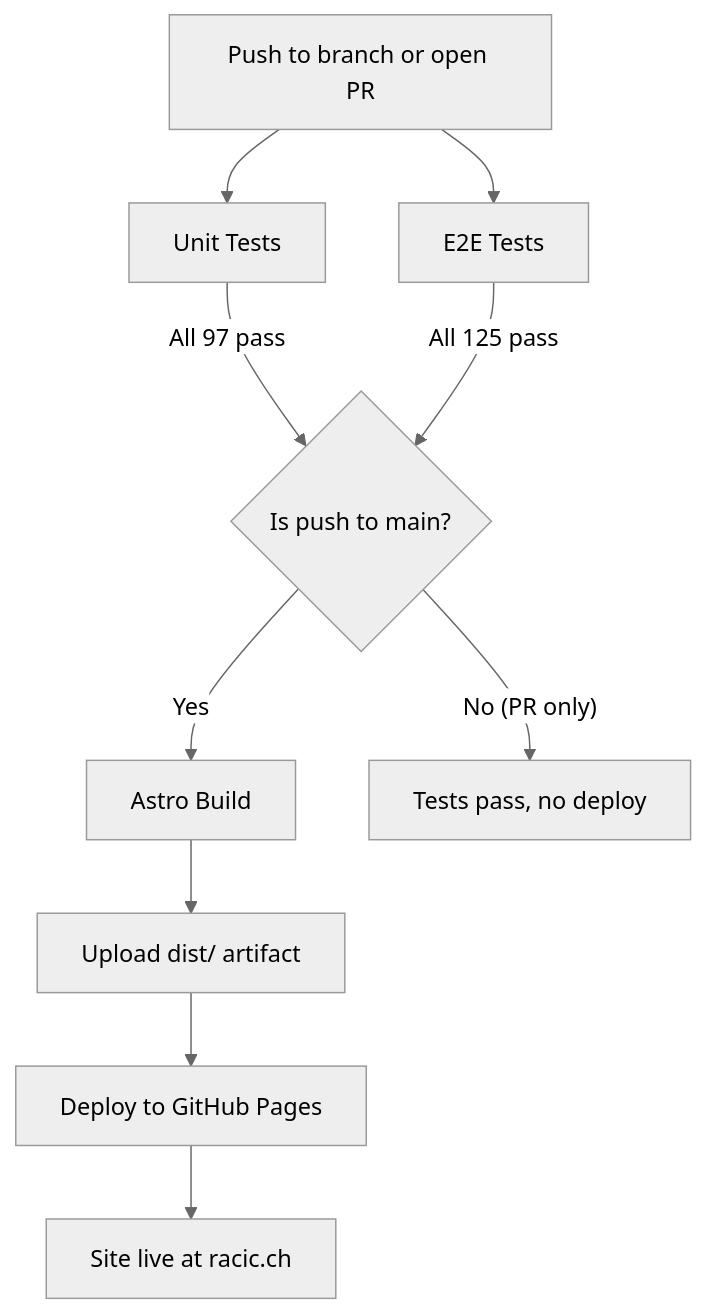
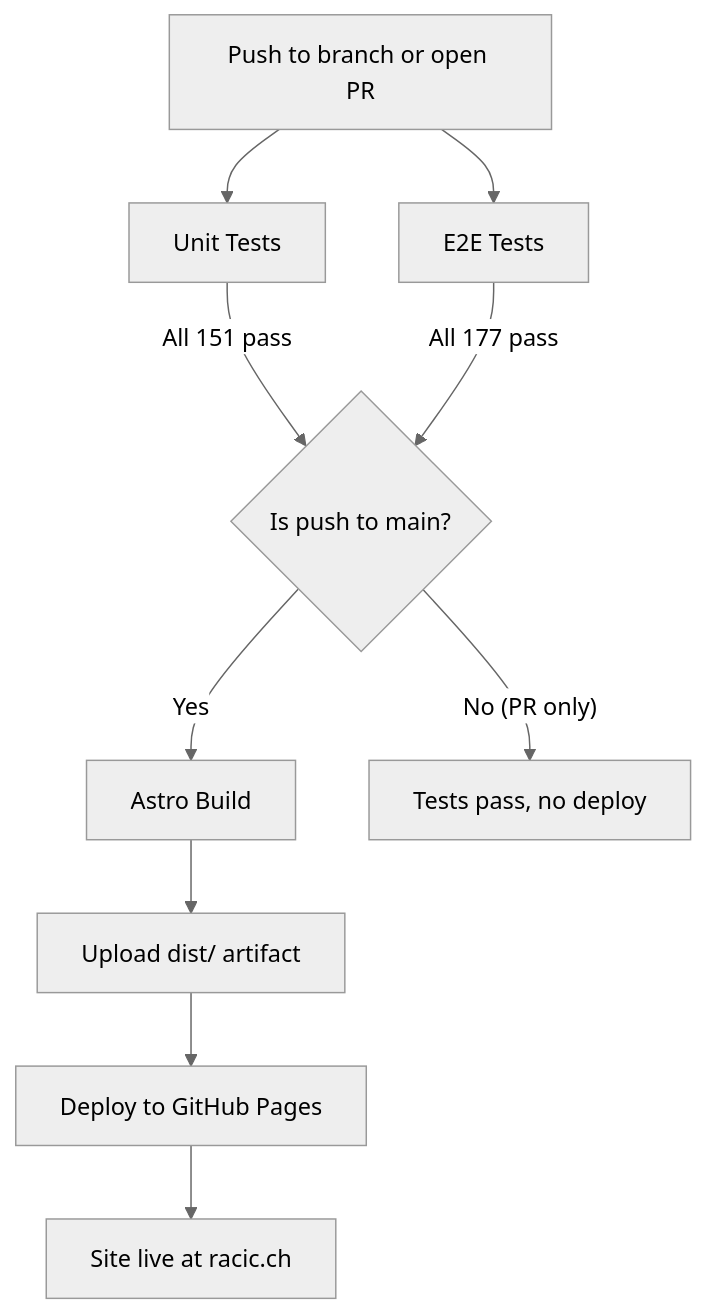
One commit to rac2030/racic.ch changed the fourth of 4 diagrams in src/content/blog/building-this-site-with-ai.md. Above: the diagram before and after it, drawn with Mermaid (neutral theme). The commit also changed other lines of this file and 4 other files, not shown here.

```diff
--- a/src/content/blog/building-this-site-with-ai.md
+++ b/src/content/blog/building-this-site-with-ai.md
@@ -451,12 +451,12 @@
 <div class="mermaid">
 flowchart TD
 P["Push to branch or open PR"] --> T1["Unit Tests"]
 P --> T2["E2E Tests"]
-T1 -->|"All 97 pass"| B{"Is push to main?"}
-T2 -->|"All 125 pass"| B
+T1 -->|"All 151 pass"| B{"Is push to main?"}
+T2 -->|"All 177 pass"| B
 B -->|"Yes"| Build["Astro Build"]
 B -->|"No (PR only)"| Stop["Tests pass, no deploy"]
 Build --> Upload["Upload dist/ artifact"]
 Upload --> Deploy["Deploy to GitHub Pages"]
 Deploy --> Live["Site live at racic.ch"]
 </div>
```
